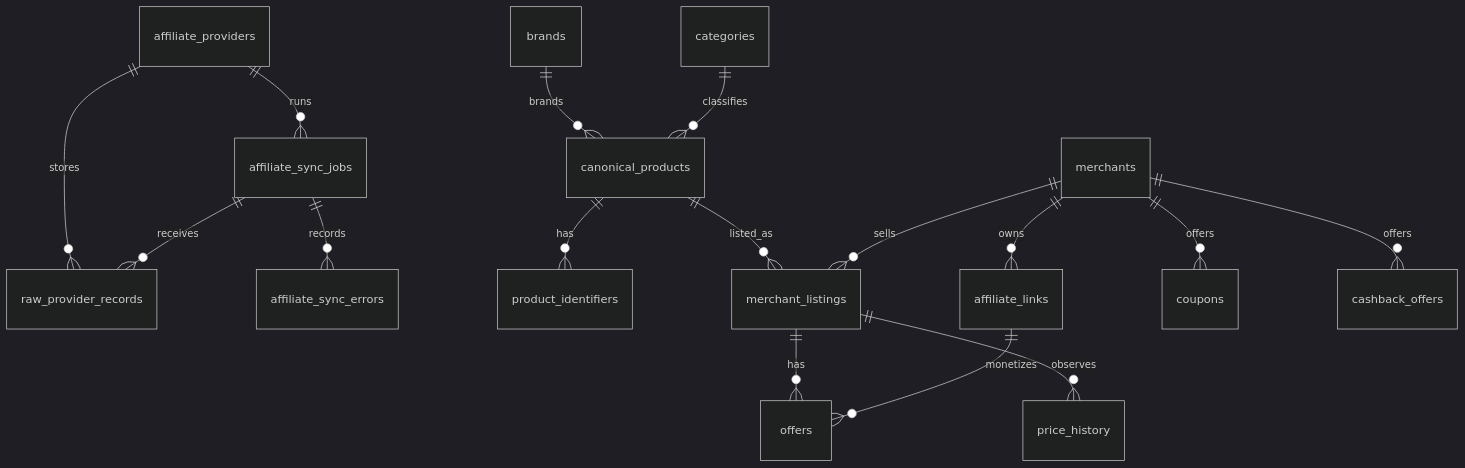
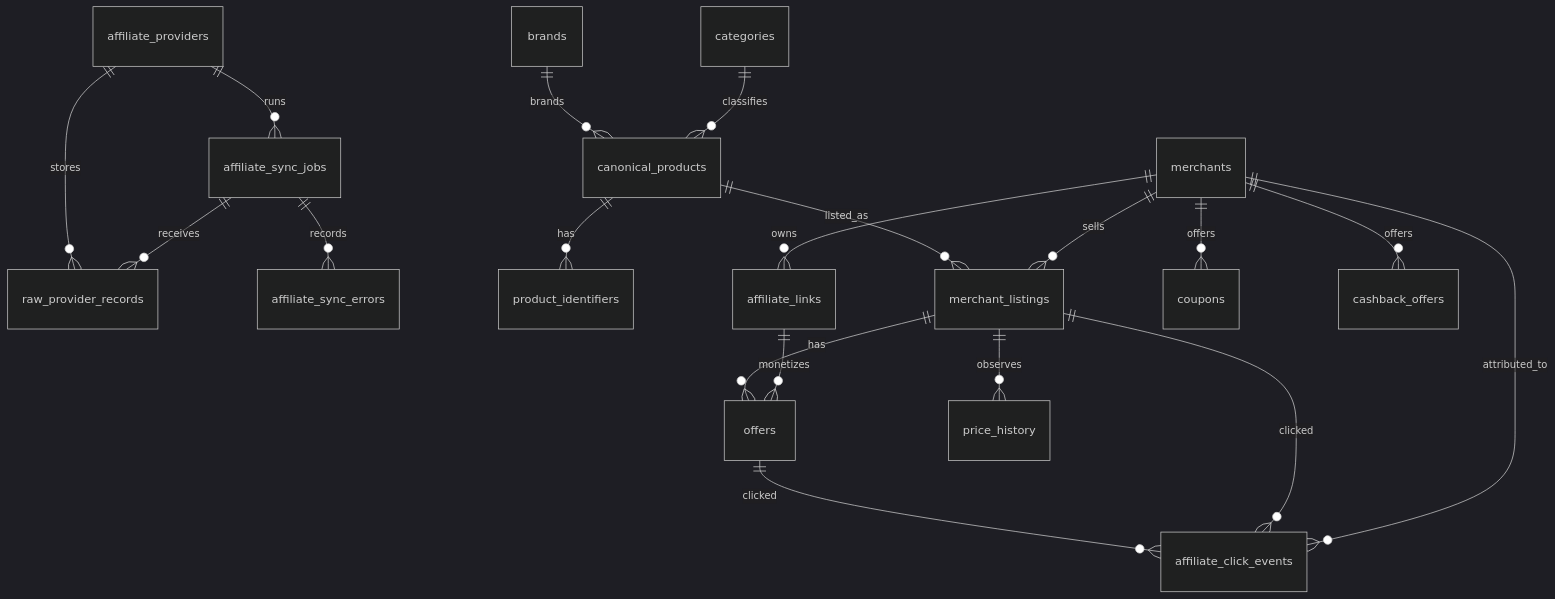
One commit to leoly5945-hash/SaveIQ changed the diagram in docs/DATA_MODEL.md. Above: the diagram before and after it, drawn with Mermaid (dark theme). The commit also changed other lines of this file and 15 other files, not shown here.

````diff
--- a/docs/DATA_MODEL.md
+++ b/docs/DATA_MODEL.md
@@ -15,18 +16,21 @@
 ```mermaid
 erDiagram
   affiliate_providers ||--o{ affiliate_sync_jobs : runs
   affiliate_providers ||--o{ raw_provider_records : stores
   affiliate_sync_jobs ||--o{ raw_provider_records : receives
   affiliate_sync_jobs ||--o{ affiliate_sync_errors : records
   brands ||--o{ canonical_products : brands
   categories ||--o{ canonical_products : classifies
   canonical_products ||--o{ product_identifiers : has
   canonical_products ||--o{ merchant_listings : listed_as
   merchants ||--o{ merchant_listings : sells
   merchant_listings ||--o{ offers : has
   merchant_listings ||--o{ price_history : observes
   merchants ||--o{ affiliate_links : owns
   affiliate_links ||--o{ offers : monetizes
   merchants ||--o{ coupons : offers
   merchants ||--o{ cashback_offers : offers
+  offers ||--o{ affiliate_click_events : clicked
+  merchant_listings ||--o{ affiliate_click_events : clicked
+  merchants ||--o{ affiliate_click_events : attributed_to
 ```
````
